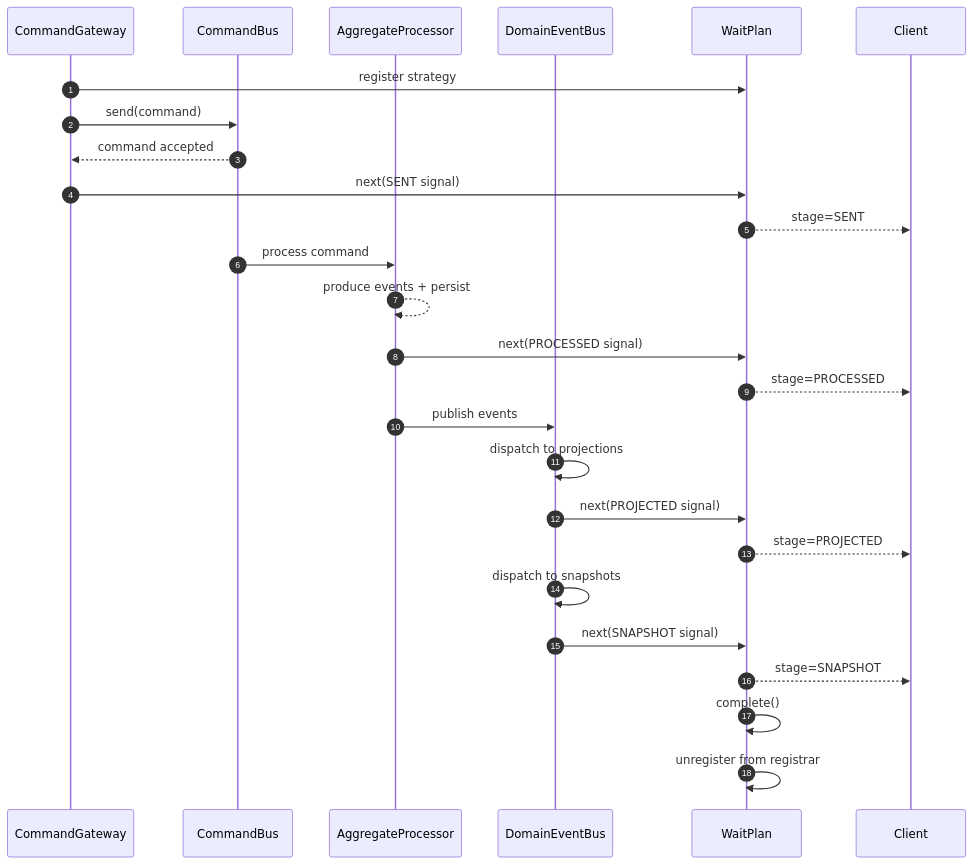
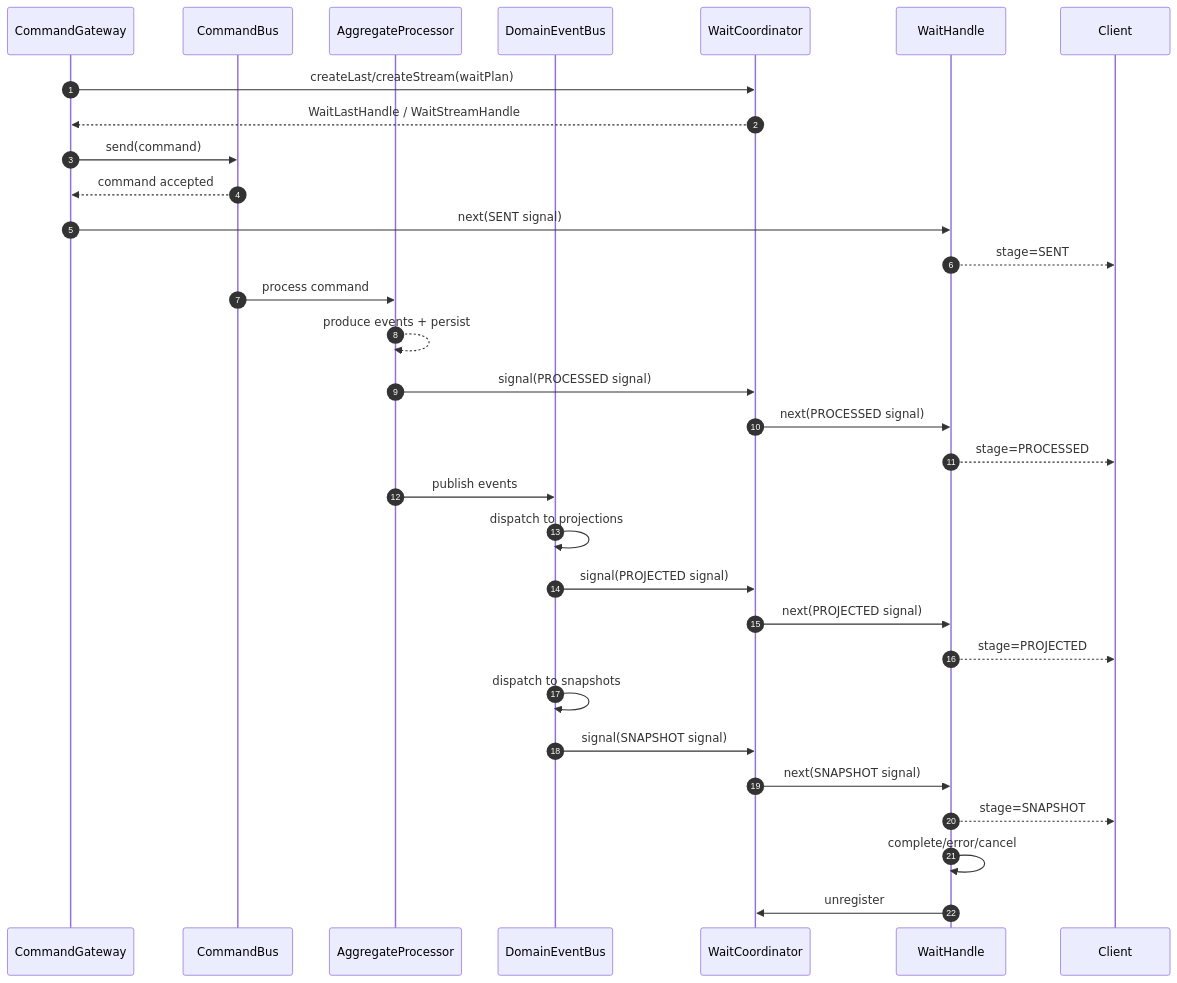
The eighth of 10 diagrams in documentation/docs/en/guide/advanced/data-flow.md (Ahoo-Wang/Wow), drawn with Mermaid before and after one commit. The commit also changed other lines of this file and 11 other files, not shown here.

Commit message:
docs(core): update wait handle architecture docs

````diff
--- a/documentation/docs/en/guide/advanced/data-flow.md
+++ b/documentation/docs/en/guide/advanced/data-flow.md
@@ -339,35 +339,40 @@
 ```mermaid
 sequenceDiagram
     autonumber
     participant CG as CommandGateway
     participant CB as CommandBus
     participant AP as AggregateProcessor
     participant DEB as DomainEventBus
-    participant WS as WaitPlan
+    participant WC as WaitCoordinator
+    participant WH as WaitHandle
     participant Client
 
-    CG->>WS: register strategy
+    CG->>WC: createLast/createStream(waitPlan)
+    WC-->>CG: WaitLastHandle / WaitStreamHandle
     CG->>CB: send(command)
     CB-->>CG: command accepted
-    CG->>WS: next(SENT signal)
-    WS-->>Client: stage=SENT
+    CG->>WH: next(SENT signal)
+    WH-->>Client: stage=SENT
 
     CB->>AP: process command
     AP-->>AP: produce events + persist
-    AP->>WS: next(PROCESSED signal)
-    WS-->>Client: stage=PROCESSED
+    AP->>WC: signal(PROCESSED signal)
+    WC->>WH: next(PROCESSED signal)
+    WH-->>Client: stage=PROCESSED
 
     AP->>DEB: publish events
     DEB->>DEB: dispatch to projections
-    DEB->>WS: next(PROJECTED signal)
-    WS-->>Client: stage=PROJECTED
+    DEB->>WC: signal(PROJECTED signal)
+    WC->>WH: next(PROJECTED signal)
+    WH-->>Client: stage=PROJECTED
 
     DEB->>DEB: dispatch to snapshots
-    DEB->>WS: next(SNAPSHOT signal)
-    WS-->>Client: stage=SNAPSHOT
+    DEB->>WC: signal(SNAPSHOT signal)
+    WC->>WH: next(SNAPSHOT signal)
+    WH-->>Client: stage=SNAPSHOT
 
-    WS->>WS: complete()
-    WS->>WS: unregister from registrar
+    WH->>WH: complete/error/cancel
+    WH->>WC: unregister
 
 
 ```
````
